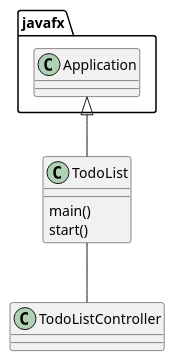
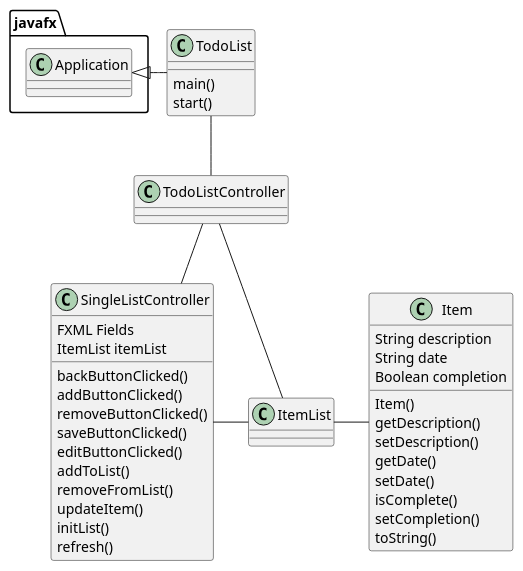
One commit to rharding8/harding-cop3330-assignment4 changed the diagram in uml/TodoList.puml. Above: the diagram before and after it, drawn with PlantUML. The commit also changed 7 other files, not shown here.

```diff
--- a/uml/TodoList.puml
+++ b/uml/TodoList.puml
@@ -1,13 +1,48 @@
 @startuml
 'https://plantuml.com/class-diagram
 
 class TodoList {
     main()
     start()
 }
 class TodoListController
 
-javafx.Application <|-- TodoList
+class SingleListController {
+    FXML Fields
+    ItemList itemList
+    backButtonClicked()
+    addButtonClicked()
+    removeButtonClicked()
+    saveButtonClicked()
+    editButtonClicked()
+    addToList()
+    removeFromList()
+    updateItem()
+    initList()
+    refresh()
+}
+
+class Item {
+    String description
+    String date
+    Boolean completion
+    Item()
+    getDescription()
+    setDescription()
+    getDate()
+    setDate()
+    isComplete()
+    setCompletion()
+    toString()
+}
+
+class ItemList
+
+javafx.Application <|- TodoList
 TodoList -- TodoListController
+TodoListController -- SingleListController
+TodoListController -- ItemList
+SingleListController - ItemList
+ItemList - Item
 
 @enduml
```
